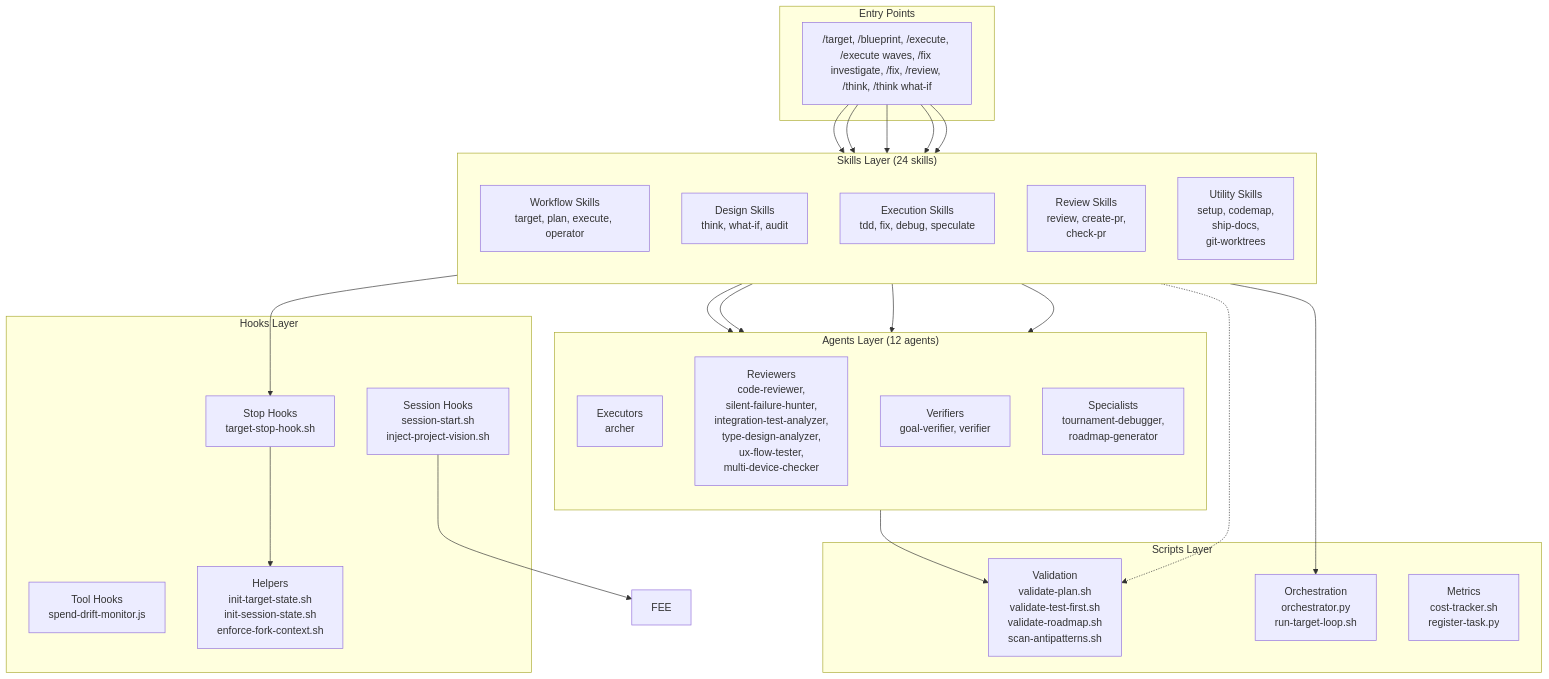
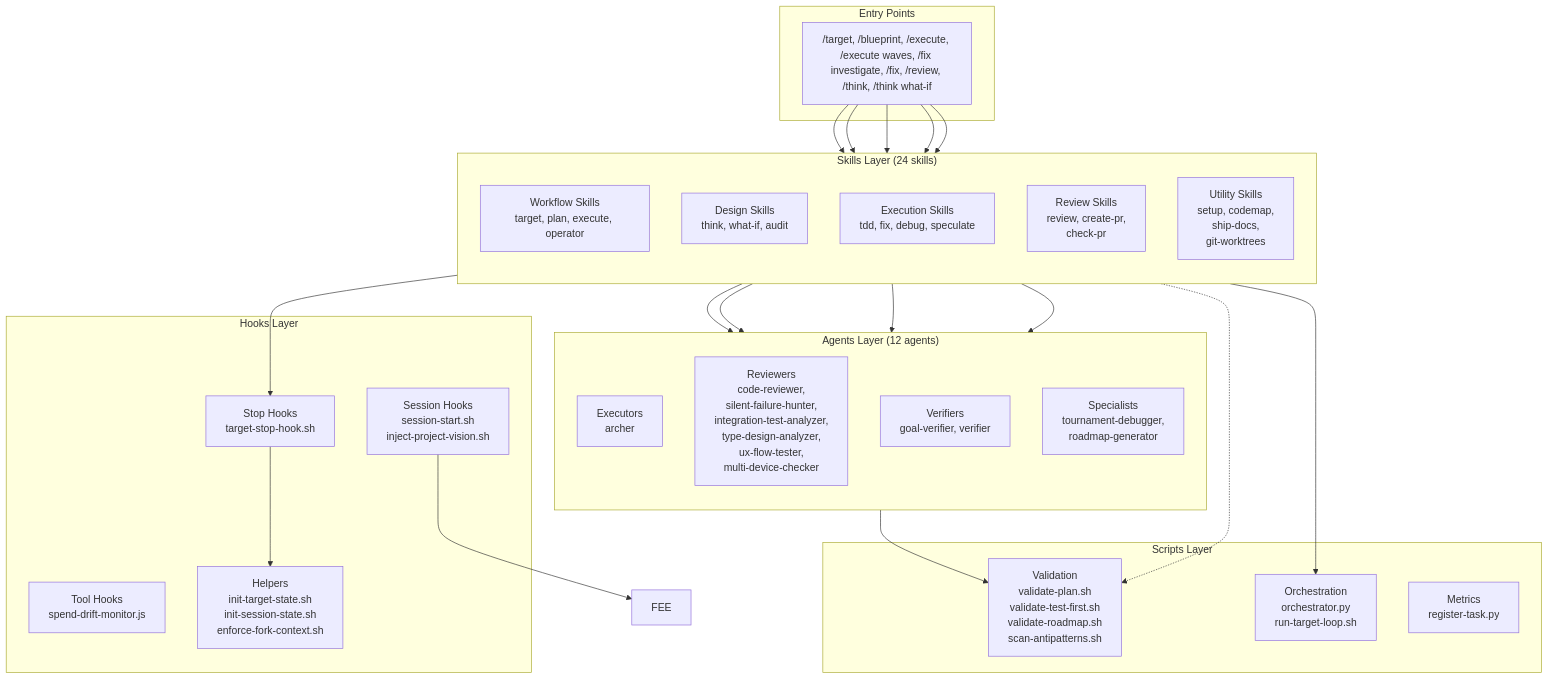
The first of 6 diagrams in docs/system-architecture.md (bllshttng/footnote), drawn with Mermaid before and after one commit. The commit also changed 23 other files, not shown here.

````diff
--- a/docs/system-architecture.md
+++ b/docs/system-architecture.md
@@ -42,55 +42,55 @@
 ```mermaid
 graph TB
     subgraph "Entry Points"
         CMD["/target, /blueprint, /execute, /execute waves, /fix investigate, /fix, /review, /think, /think what-if"]
     end
 
     subgraph "Skills Layer (24 skills)"
         direction TB
         WF["Workflow Skills<br/>target, plan, execute, operator"]
         DS["Design Skills<br/>think, what-if, audit"]
         EX["Execution Skills<br/>tdd, fix, debug, speculate"]
         RV["Review Skills<br/>review, create-pr,<br/>check-pr"]
         UT["Utility Skills<br/>setup, codemap,<br/>ship-docs,<br/>git-worktrees"]
     end
 
     subgraph "Agents Layer (12 agents)"
         direction TB
         EXEC["Executors<br/>archer"]
         REV["Reviewers<br/>code-reviewer,<br/>silent-failure-hunter,<br/>integration-test-analyzer,<br/>type-design-analyzer,<br/>ux-flow-tester,<br/>multi-device-checker"]
         VER["Verifiers<br/>goal-verifier, verifier"]
         SPEC["Specialists<br/>tournament-debugger,<br/>roadmap-generator"]
     end
 
     subgraph "Hooks Layer"
         STOP["Stop Hooks<br/>target-stop-hook.sh"]
         SESS["Session Hooks<br/>session-start.sh<br/>inject-project-vision.sh"]
         TOOL["Tool Hooks<br/>spend-drift-monitor.js"]
         HELP["Helpers<br/>init-target-state.sh<br/>init-session-state.sh<br/>enforce-fork-context.sh"]
     end
 
     subgraph "Scripts Layer"
         VAL["Validation<br/>validate-plan.sh<br/>validate-test-first.sh<br/>validate-roadmap.sh<br/>scan-antipatterns.sh"]
         ORC["Orchestration<br/>orchestrator.py<br/>run-target-loop.sh"]
-        MET["Metrics<br/>cost-tracker.sh<br/>register-task.py"]
+        MET["Metrics<br/>register-task.py"]
     end
 
     CMD --> WF
     CMD --> DS
     CMD --> EX
     CMD --> RV
     CMD --> UT
 
     WF --> EXEC
     WF --> VER
     RV --> REV
     EX --> EXEC
     DS -.-> VAL
 
     WF --> ORC
     WF --> STOP
     SESS --> FEE
     STOP --> HELP
 
     EXEC --> VAL
 ```
````
